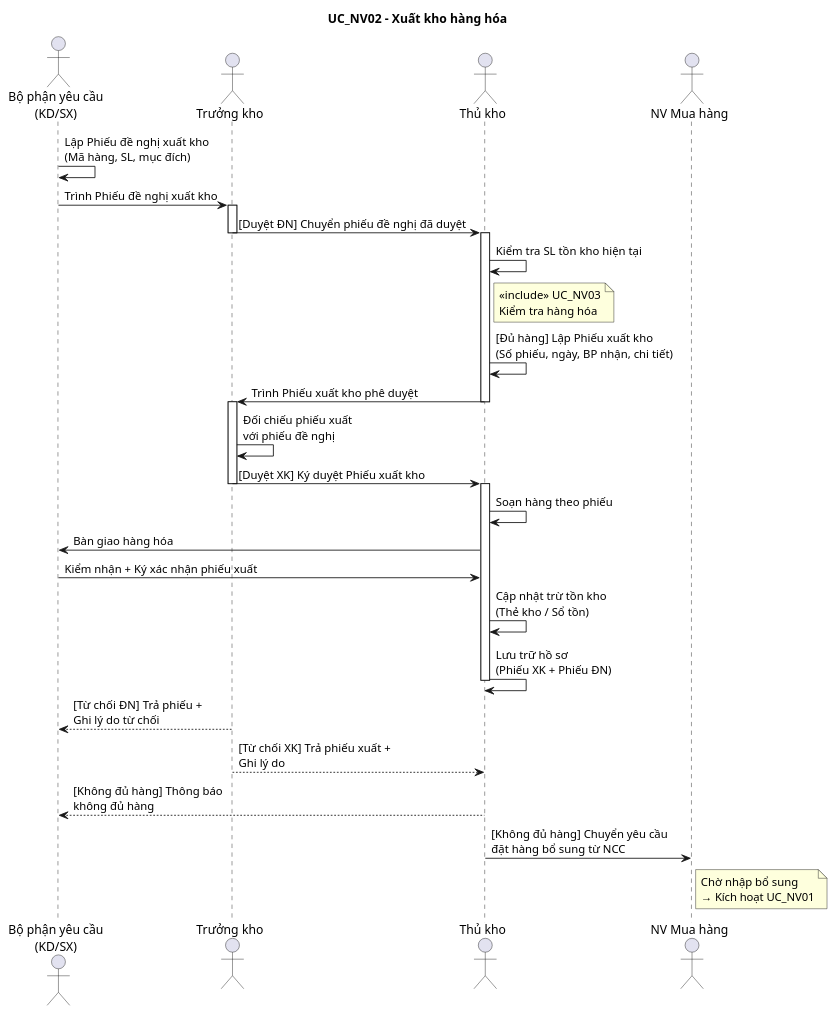
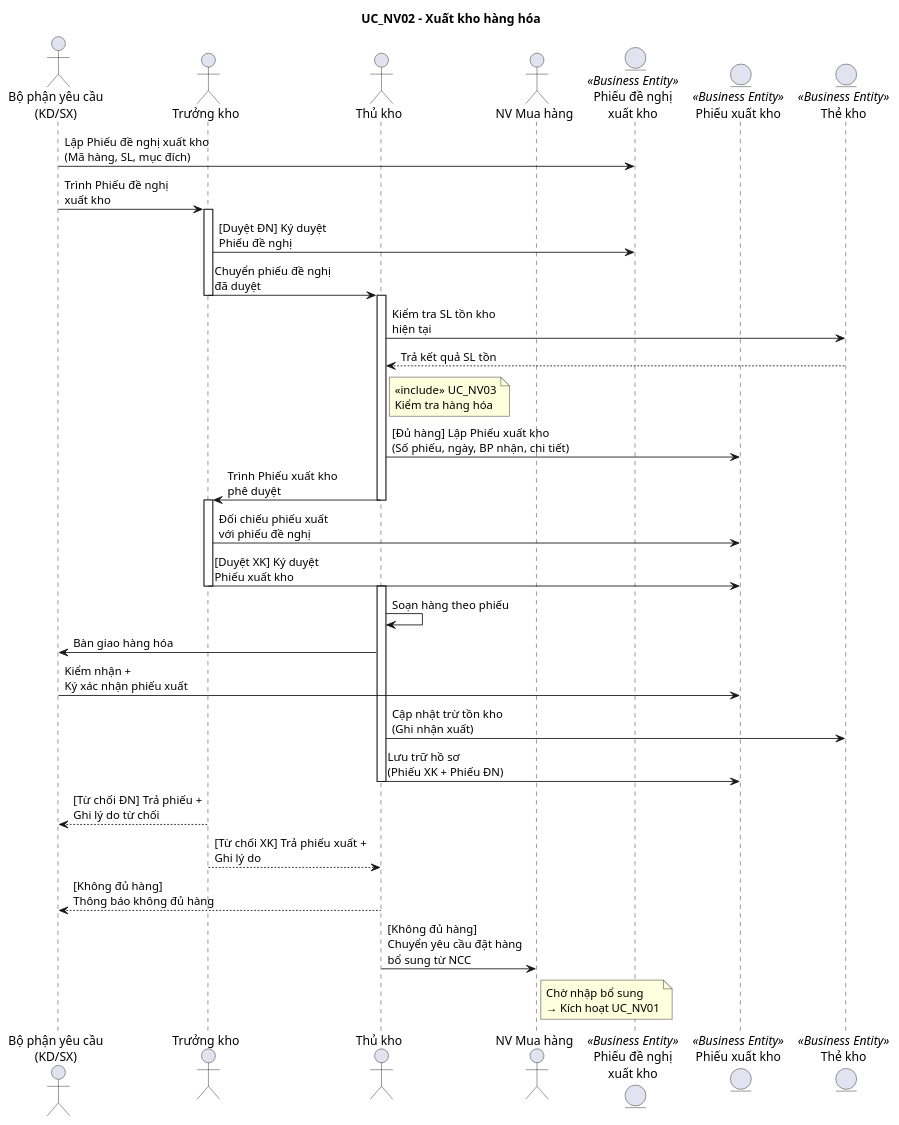
One commit to OXplakhoa/StorageManager changed the diagram in diagrams/sequence_nv/seq_uc_nv02_xuat_kho.md. Above: the diagram before and after it, drawn with PlantUML. The commit also changed other lines of this file and 9 other files, not shown here.

Commit message:
feat: add more skills base on syllabus and fix sequence diagram

````diff
--- a/diagrams/sequence_nv/seq_uc_nv02_xuat_kho.md
+++ b/diagrams/sequence_nv/seq_uc_nv02_xuat_kho.md
@@ -5,46 +3,51 @@
 ```plantuml
 @startuml
 title UC_NV02 – Xuất kho hàng hóa
 
 actor "Bộ phận yêu cầu\n(KD/SX)" as BPYC
 actor "Trưởng kho" as TrK
 actor "Thủ kho" as TK
 actor "NV Mua hàng" as NVMH
+entity "Phiếu đề nghị\nxuất kho" as PDN <<Business Entity>>
+entity "Phiếu xuất kho" as PXK <<Business Entity>>
+entity "Thẻ kho" as TheKho <<Business Entity>>
 
-BPYC -> BPYC : Lập Phiếu đề nghị xuất kho\n(Mã hàng, SL, mục đích)
-BPYC -> TrK : Trình Phiếu đề nghị xuất kho
+BPYC -> PDN : Lập Phiếu đề nghị xuất kho\n(Mã hàng, SL, mục đích)
+BPYC -> TrK : Trình Phiếu đề nghị\nxuất kho
 activate TrK
-TrK -> TK : [Duyệt ĐN] Chuyển phiếu đề nghị đã duyệt
+TrK -> PDN : [Duyệt ĐN] Ký duyệt\nPhiếu đề nghị
+TrK -> TK : Chuyển phiếu đề nghị\nđã duyệt
 deactivate TrK
 
 activate TK
-TK -> TK : Kiểm tra SL tồn kho hiện tại
+TK -> TheKho : Kiểm tra SL tồn kho\nhiện tại
+TheKho --> TK : Trả kết quả SL tồn
 note right of TK : <<include>> UC_NV03\nKiểm tra hàng hóa
 
-TK -> TK : [Đủ hàng] Lập Phiếu xuất kho\n(Số phiếu, ngày, BP nhận, chi tiết)
-TK -> TrK : Trình Phiếu xuất kho phê duyệt
+TK -> PXK : [Đủ hàng] Lập Phiếu xuất kho\n(Số phiếu, ngày, BP nhận, chi tiết)
+TK -> TrK : Trình Phiếu xuất kho\nphê duyệt
 deactivate TK
 
 activate TrK
-TrK -> TrK : Đối chiếu phiếu xuất\nvới phiếu đề nghị
-TrK -> TK : [Duyệt XK] Ký duyệt Phiếu xuất kho
+TrK -> PXK : Đối chiếu phiếu xuất\nvới phiếu đề nghị
+TrK -> PXK : [Duyệt XK] Ký duyệt\nPhiếu xuất kho
 deactivate TrK
 
 activate TK
 TK -> TK : Soạn hàng theo phiếu
 TK -> BPYC : Bàn giao hàng hóa
-BPYC -> TK : Kiểm nhận + Ký xác nhận phiếu xuất
-TK -> TK : Cập nhật trừ tồn kho\n(Thẻ kho / Sổ tồn)
-TK -> TK : Lưu trữ hồ sơ\n(Phiếu XK + Phiếu ĐN)
+BPYC -> PXK : Kiểm nhận +\nKý xác nhận phiếu xuất
+TK -> TheKho : Cập nhật trừ tồn kho\n(Ghi nhận xuất)
+TK -> PXK : Lưu trữ hồ sơ\n(Phiếu XK + Phiếu ĐN)
 deactivate TK
 
 TrK --> BPYC : [Từ chối ĐN] Trả phiếu +\nGhi lý do từ chối
 
 TrK --> TK : [Từ chối XK] Trả phiếu xuất +\nGhi lý do
 
-TK --> BPYC : [Không đủ hàng] Thông báo\nkhông đủ hàng
-TK -> NVMH : [Không đủ hàng] Chuyển yêu cầu\nđặt hàng bổ sung từ NCC
+TK --> BPYC : [Không đủ hàng]\nThông báo không đủ hàng
+TK -> NVMH : [Không đủ hàng]\nChuyển yêu cầu đặt hàng\nbổ sung từ NCC
 note right of NVMH : Chờ nhập bổ sung\n→ Kích hoạt UC_NV01
 
 @enduml
 ```
````
